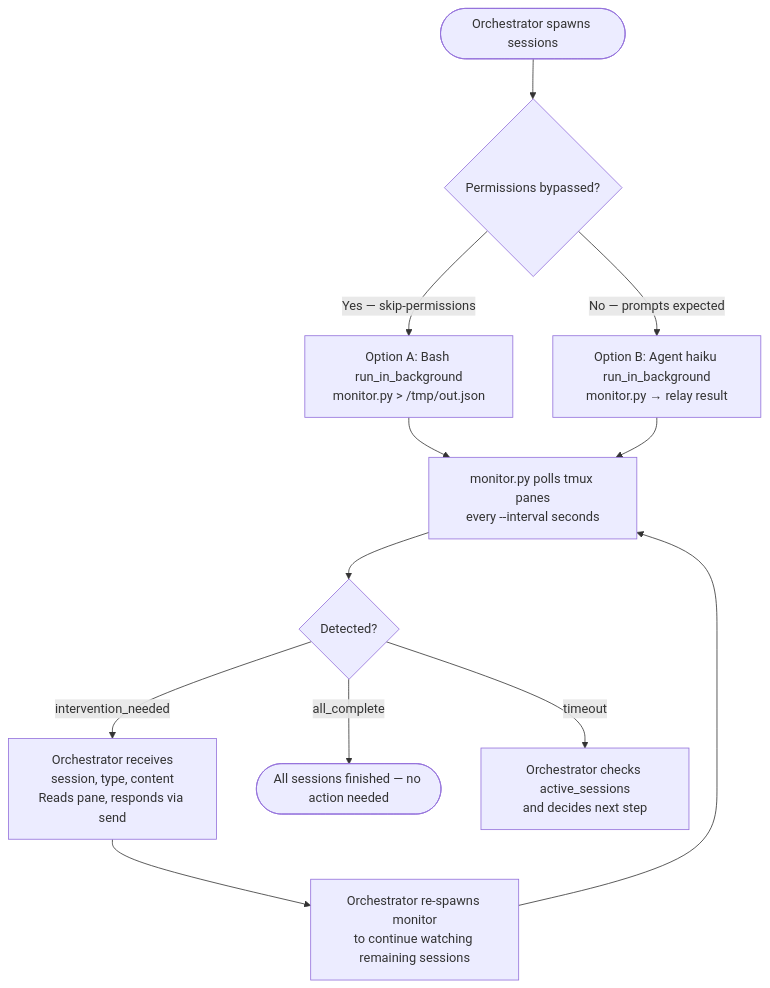
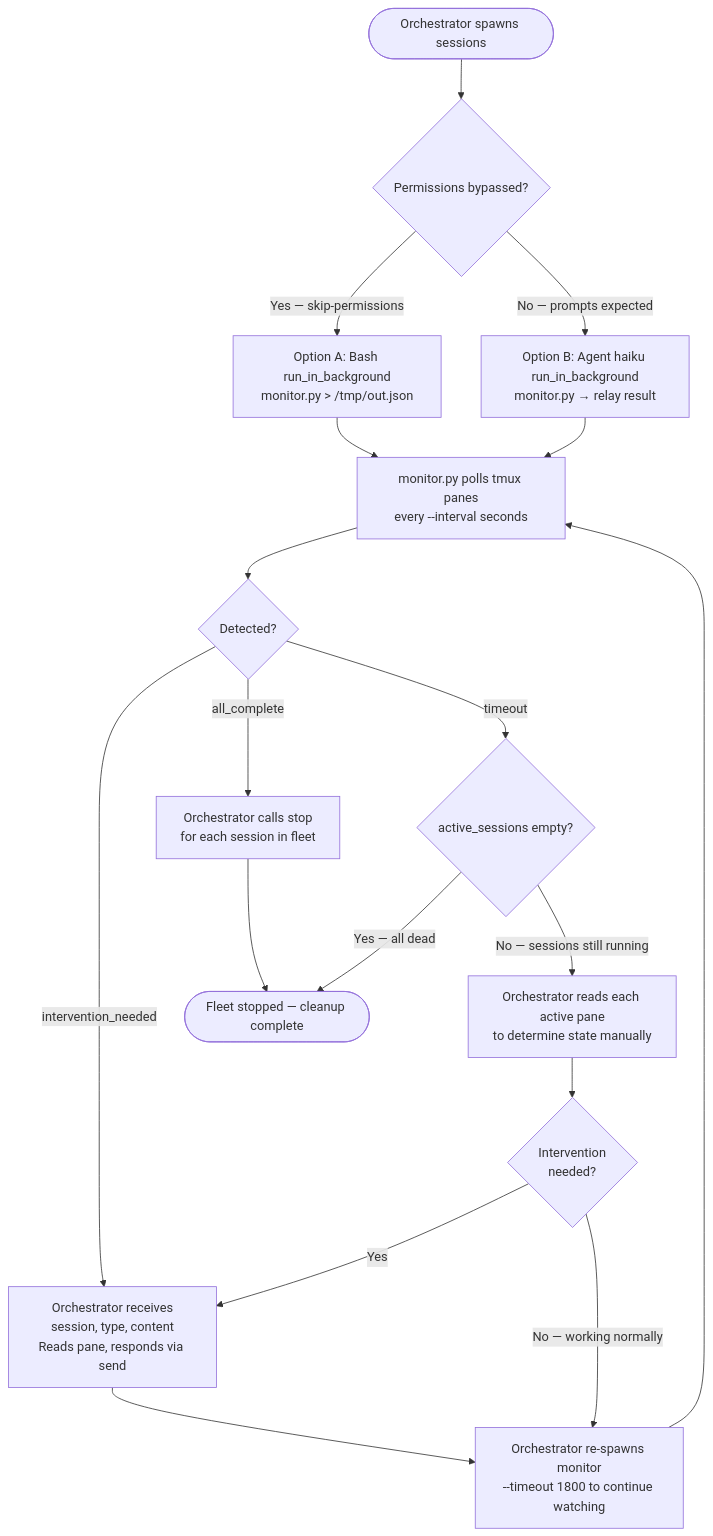
Before and after one commit to chgreer1070/claude_skills: the fourth of 4 diagrams in plugins/development-harness/skills/kage-bunshin/SKILL.md, drawn with Mermaid. The commit also changed other lines of this file and 2 other files, not shown here.

````diff
--- a/plugins/development-harness/skills/kage-bunshin/SKILL.md
+++ b/plugins/development-harness/skills/kage-bunshin/SKILL.md
@@ -362,14 +367,20 @@
 ```mermaid
 flowchart TD
     Spawn(["Orchestrator spawns sessions"]) --> Q0{Permissions bypassed?}
     Q0 -->|"Yes — skip-permissions"| BashMon["Option A: Bash run_in_background\nmonitor.py > /tmp/out.json"]
     Q0 -->|"No — prompts expected"| AgentMon["Option B: Agent haiku run_in_background\nmonitor.py → relay result"]
     BashMon --> Poll["monitor.py polls tmux panes\nevery --interval seconds"]
     AgentMon --> Poll
     Poll --> Q{Detected?}
     Q -->|"intervention_needed"| Intervene["Orchestrator receives\nsession, type, content\nReads pane, responds via send"]
-    Q -->|"all_complete"| Done(["All sessions finished — no action needed"])
-    Q -->|"timeout"| Check["Orchestrator checks active_sessions\nand decides next step"]
-    Intervene --> Respawn["Orchestrator re-spawns monitor\nto continue watching remaining sessions"]
+    Q -->|"all_complete"| StopFleet["Orchestrator calls stop\nfor each session in fleet"]
+    StopFleet --> Done(["Fleet stopped — cleanup complete"])
+    Q -->|"timeout"| Check{"active_sessions empty?"}
+    Check -->|"Yes — all dead"| Done
+    Check -->|"No — sessions still running"| ReadPanes["Orchestrator reads each active pane\nto determine state manually"]
+    ReadPanes --> Decide{"Intervention\nneeded?"}
+    Decide -->|"Yes"| Intervene
+    Decide -->|"No — working normally"| Respawn
+    Intervene --> Respawn["Orchestrator re-spawns monitor\n--timeout 1800 to continue watching"]
     Respawn --> Poll
 ```
````
